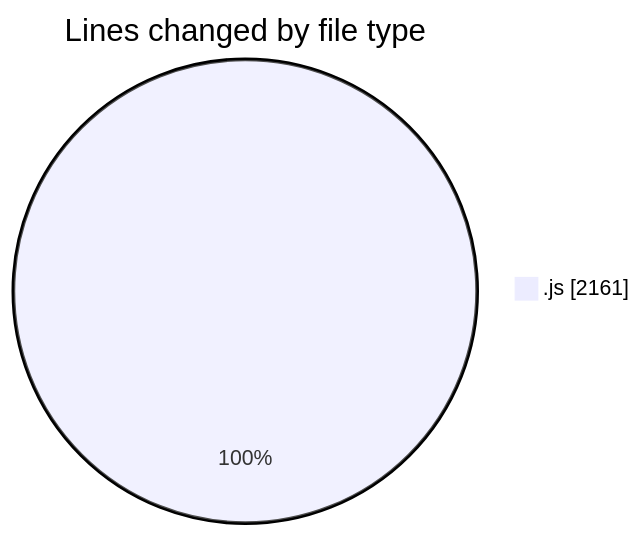
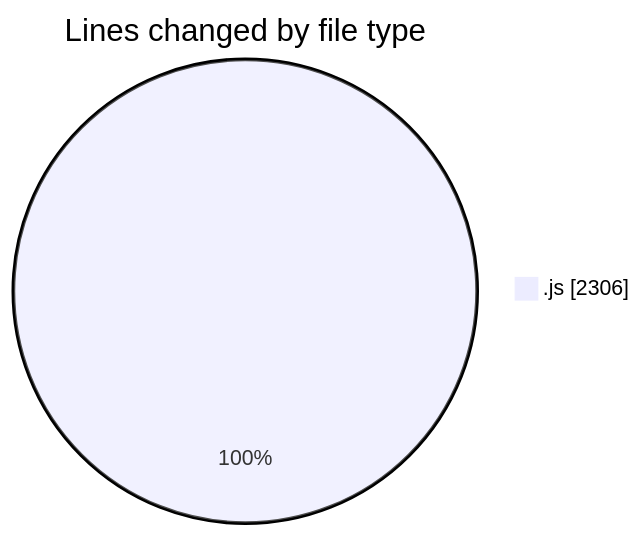
One commit to nxtqubesakshisongat/code-tracking changed the first of 2 diagrams in 2025-10-16/nxtqube_webapp/README.md. Above: the diagram before and after it, drawn with Mermaid. The commit also changed other lines of this file and 1 other file, not shown here.

````diff
--- a/2025-10-16/nxtqube_webapp/README.md
+++ b/2025-10-16/nxtqube_webapp/README.md
@@ -20,5 +20,5 @@
 ```mermaid
 pie showData
 title Lines changed by file type
-".js" : 2161
+".js" : 2306
 ```
````
